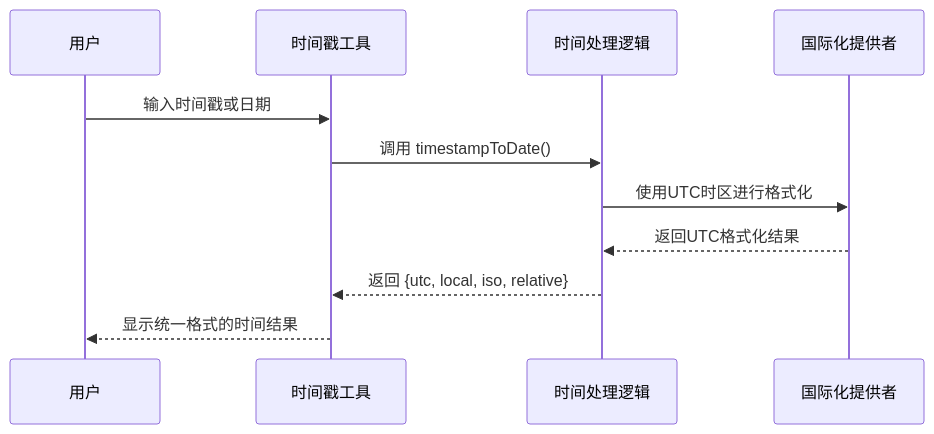
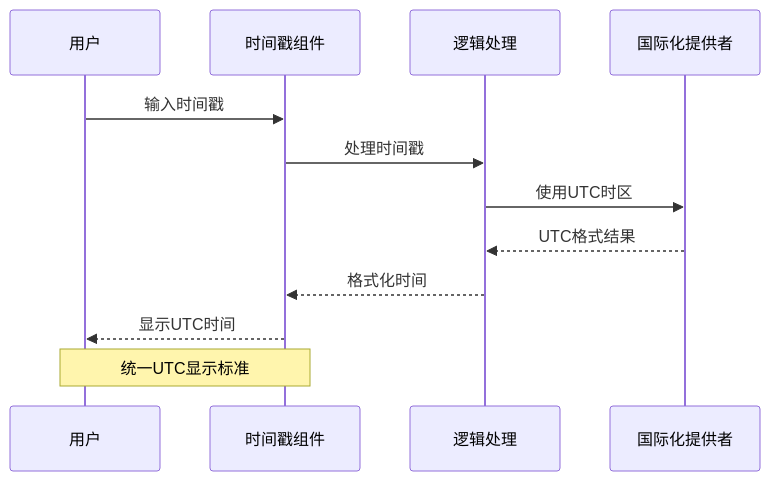
One commit to sgyy/privadeck changed diagram 11 of 12 in .qoder/repowiki/zh/content/技术架构/国际化系统.md. Above: the diagram before and after it, drawn with Mermaid. The commit also changed other lines of this file and 4 other files, not shown here.

````diff
--- a/.qoder/repowiki/zh/content/技术架构/国际化系统.md
+++ b/.qoder/repowiki/zh/content/技术架构/国际化系统.md
@@ -565,13 +556,14 @@
 ```mermaid
 sequenceDiagram
 participant User as 用户
-participant TimestampTool as 时间戳工具
-participant Logic as 时间处理逻辑
-participant IntlProvider as 国际化提供者
-User->>TimestampTool : 输入时间戳或日期
-TimestampTool->>Logic : 调用 timestampToDate()
-Logic->>IntlProvider : 使用UTC时区进行格式化
-IntlProvider-->>Logic : 返回UTC格式化结果
-Logic-->>TimestampTool : 返回 {utc, local, iso, relative}
-TimestampTool-->>User : 显示统一格式的时间结果
+participant Timestamp as 时间戳组件
+participant Logic as 逻辑处理
+participant Intl as 国际化提供者
+User->>Timestamp : 输入时间戳
+Timestamp->>Logic : 处理时间戳
+Logic->>Intl : 使用UTC时区
+Intl-->>Logic : UTC格式结果
+Logic-->>Timestamp : 格式化时间
+Timestamp-->>User : 显示UTC时间
+Note over User,Timestamp : 统一UTC显示标准
 ```
````
